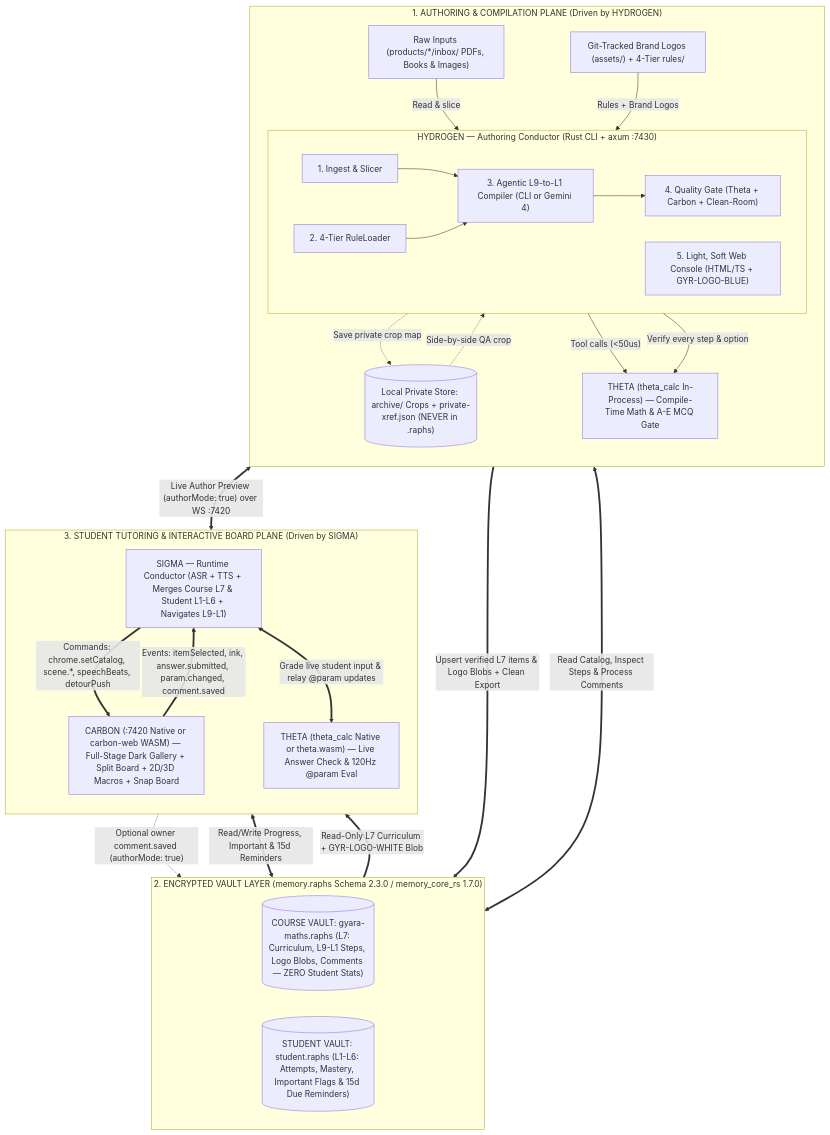
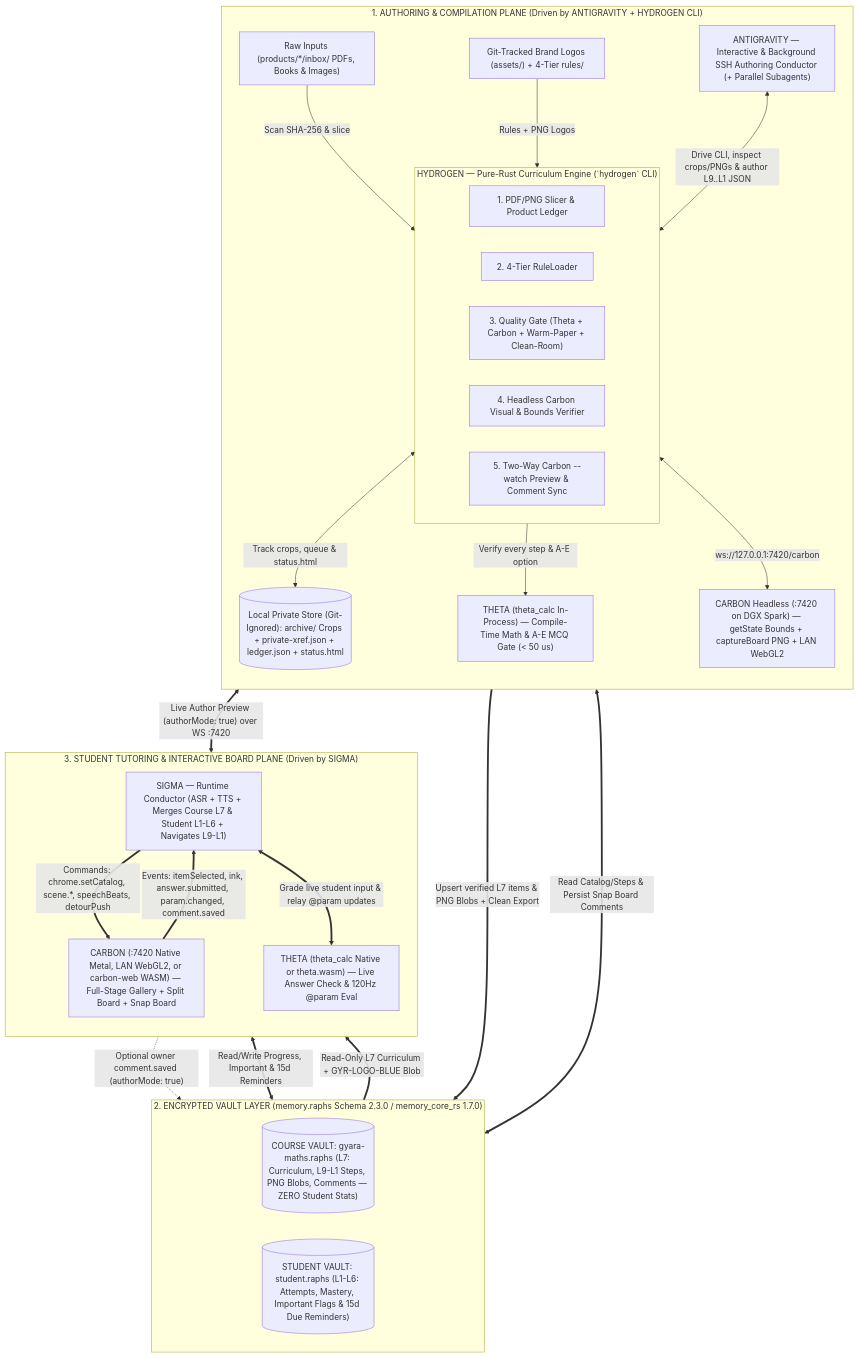
The first of 3 diagrams in docs/system-architecture.md (raphsaeed/hydrogen), drawn with Mermaid before and after one commit. The commit also changed other lines of this file and 4 other files, not shown here.

Commit message:
docs: add SOP playbook and align architecture & build plan on CLI + product ledger

````diff
--- a/docs/system-architecture.md
+++ b/docs/system-architecture.md
@@ -52,54 +53,53 @@
 ```mermaid
 flowchart TB
-    subgraph Plane1["1. AUTHORING & COMPILATION PLANE (Driven by HYDROGEN)"]
+    subgraph Plane1["1. AUTHORING & COMPILATION PLANE (Driven by ANTIGRAVITY + HYDROGEN CLI)"]
         direction TB
         RawPapers["Raw Inputs (products/*/inbox/ PDFs, Books & Images)"]
         ProductAssets["Git-Tracked Brand Logos (assets/) + 4-Tier rules/"]
-        PrivateXref[("Local Private Store: archive/ Crops + private-xref.json (NEVER in .raphs)")]
+        PrivateStore[("Local Private Store (Git-Ignored): archive/ Crops + private-xref.json + ledger.json + status.html")]
+        Antigravity["ANTIGRAVITY — Interactive & Background SSH Authoring Conductor (+ Parallel Subagents)"]
 
-        subgraph HydrogenBox["HYDROGEN — Authoring Conductor (Rust CLI + axum :7430)"]
+        subgraph HydrogenBox["HYDROGEN — Pure-Rust Curriculum Engine (`hydrogen` CLI)"]
             direction LR
-            H_Ingest["1. Ingest & Slicer"]
+            H_Ingest["1. PDF/PNG Slicer & Product Ledger"]
             H_Rules["2. 4-Tier RuleLoader"]
-            H_Compiler["3. Agentic L9-to-L1 Compiler (CLI or Gemini 4)"]
-            H_Gate["4. Quality Gate (Theta + Carbon + Clean-Room)"]
-            H_WebUI["5. Light, Soft Web Console (HTML/TS + GYR-LOGO-BLUE)"]
+            H_Gate["3. Quality Gate (Theta + Carbon + Warm-Paper + Clean-Room)"]
+            H_Capture["4. Headless Carbon Visual & Bounds Verifier"]
+            H_Watch["5. Two-Way Carbon --watch Preview & Comment Sync"]
         end
 
-        ThetaCompile["THETA (theta_calc In-Process) — Compile-Time Math & A-E MCQ Gate"]
+        ThetaCompile["THETA (theta_calc In-Process) — Compile-Time Math & A-E MCQ Gate (< 50 us)"]
+        CarbonHeadless["CARBON Headless (:7420 on DGX Spark) — getState Bounds + captureBoard PNG + LAN WebGL2"]
 
-        RawPapers -->|"Read & slice"| H_Ingest
-        ProductAssets -->|"Rules + Brand Logos"| H_Rules
-        H_Ingest -.->|"Save private crop map"| PrivateXref
-        PrivateXref -.->|"Side-by-side QA crop"| H_WebUI
-        H_Ingest --> H_Compiler
-        H_Rules --> H_Compiler
-        H_Compiler -->|"Tool calls (<50us)"| ThetaCompile
-        H_Compiler --> H_Gate
-        H_Gate -->|"Verify every step & option"| ThetaCompile
+        RawPapers -->|"Scan SHA-256 & slice"| H_Ingest
+        ProductAssets -->|"Rules + PNG Logos"| H_Rules
+        H_Ingest <-->|"Track crops, queue & status.html"| PrivateStore
+        Antigravity <-->|"Drive CLI, inspect crops/PNGs & author L9..L1 JSON"| HydrogenBox
+        H_Gate -->|"Verify every step & A-E option"| ThetaCompile
+        H_Capture <-->|"ws://127.0.0.1:7420/carbon"| CarbonHeadless
     end
 
     subgraph VaultPlane["2. ENCRYPTED VAULT LAYER (memory.raphs Schema 2.3.0 / memory_core_rs 1.7.0)"]
         direction LR
-        CourseVault[("COURSE VAULT: gyara-maths.raphs (L7: Curriculum, L9-L1 Steps, Logo Blobs, Comments — ZERO Student Stats)")]
+        CourseVault[("COURSE VAULT: gyara-maths.raphs (L7: Curriculum, L9-L1 Steps, PNG Blobs, Comments — ZERO Student Stats)")]
         StudentVault[("STUDENT VAULT: student.raphs (L1-L6: Attempts, Mastery, Important Flags & 15d Due Reminders)")]
     end
 
     subgraph Plane3["3. STUDENT TUTORING & INTERACTIVE BOARD PLANE (Driven by SIGMA)"]
         direction TB
         Sigma["SIGMA — Runtime Conductor (ASR + TTS + Merges Course L7 & Student L1-L6 + Navigates L9-L1)"]
         ThetaRuntime["THETA (theta_calc Native or theta.wasm) — Live Answer Check & 120Hz @param Eval"]
-        CarbonStage["CARBON (:7420 Native or carbon-web WASM) — Full-Stage Dark Gallery + Split Board + 2D/3D Macros + Snap Board"]
+        CarbonStage["CARBON (:7420 Native Metal, LAN WebGL2, or carbon-web WASM) — Full-Stage Gallery + Split Board + Snap Board"]
     end
 
-    H_Gate ==>|"Upsert verified L7 items & Logo Blobs + Clean Export"| CourseVault
-    H_WebUI <==>|"Read Catalog, Inspect Steps & Process Comments"| CourseVault
-    H_WebUI <==>|"Live Author Preview (authorMode: true) over WS :7420"| CarbonStage
+    H_Gate ==>|"Upsert verified L7 items & PNG Blobs + Clean Export"| CourseVault
+    H_Watch <==>|"Read Catalog/Steps & Persist Snap Board Comments"| CourseVault
+    H_Watch <==>|"Live Author Preview (authorMode: true) over WS :7420"| CarbonStage
 
-    CourseVault ==>|"Read-Only L7 Curriculum + GYR-LOGO-WHITE Blob"| Sigma
+    CourseVault ==>|"Read-Only L7 Curriculum + GYR-LOGO-BLUE Blob"| Sigma
     Sigma -.->|"Optional owner comment.saved (authorMode: true)"| CourseVault
     Sigma <==>|"Read/Write Progress, Important & 15d Reminders"| StudentVault
     Sigma ==>|"Commands: chrome.setCatalog, scene.*, speechBeats, detourPush"| CarbonStage
     CarbonStage ==>|"Events: itemSelected, ink, answer.submitted, param.changed, comment.saved"| Sigma
     Sigma <==>|"Grade live student input & relay @param updates"| ThetaRuntime
 ```
````
